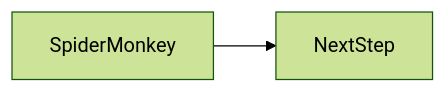
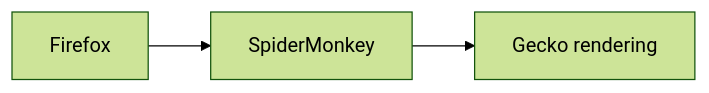
Before and after one commit to OmidJavaherii/Frontend-Engineering-Handbook: the second of 2 diagrams in docs/en/03-browser/spidermonkey/index.md, drawn with Mermaid (forest theme). The commit also changed other lines of this file and 461 other files, not shown here.

````diff
--- a/docs/en/03-browser/spidermonkey/index.md
+++ b/docs/en/03-browser/spidermonkey/index.md
@@ -95,4 +105,5 @@
 ```mermaid
 flowchart LR
-  concept[SpiderMonkey] --> nextStep[NextStep]
+  Fx[Firefox] --> SM[SpiderMonkey]
+  SM --> Gecko[Gecko rendering]
 ```
````
